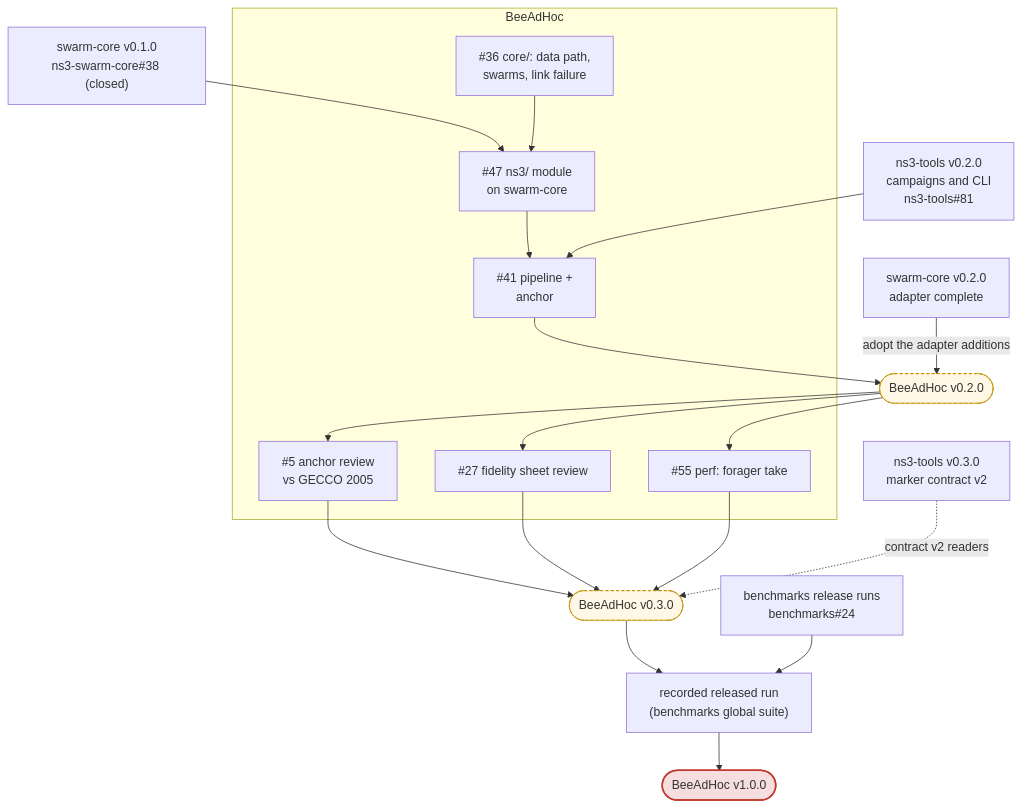
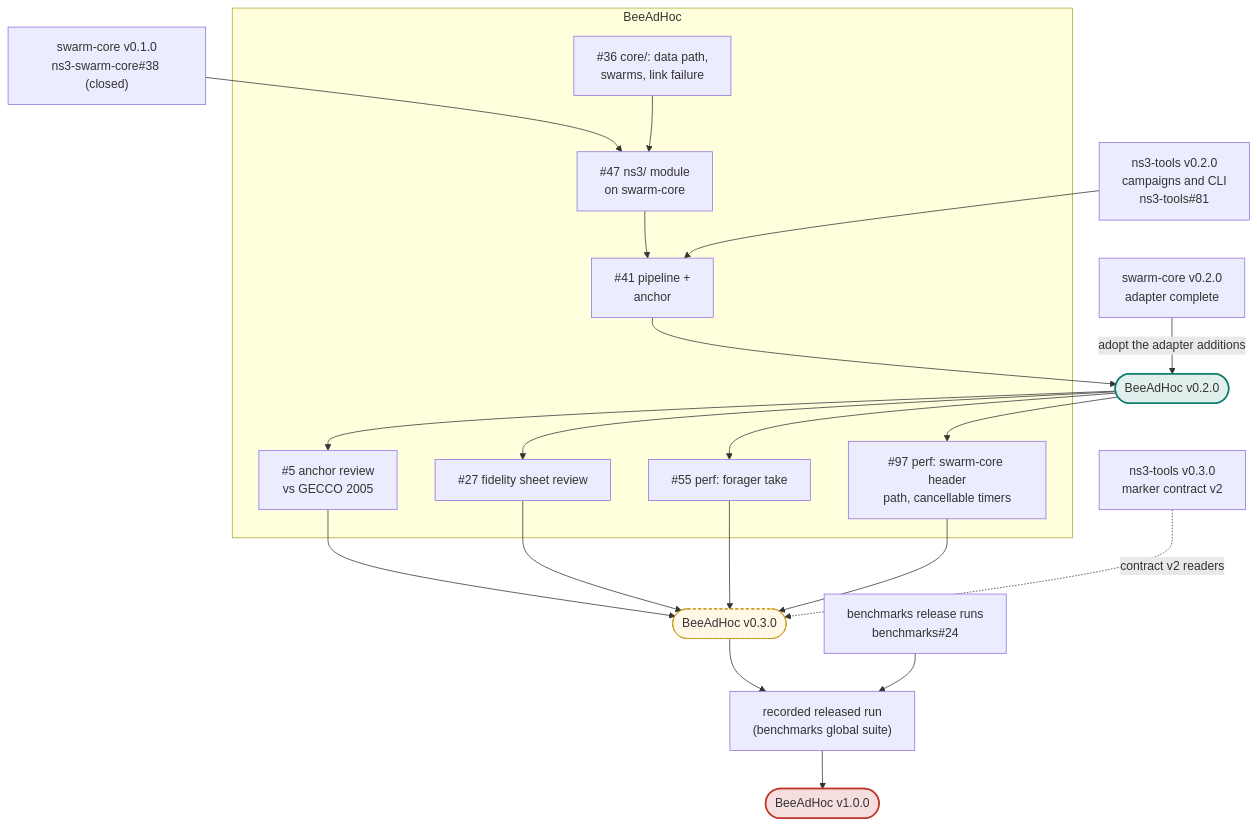
The second of 2 diagrams in docs/roadmap.md (swarm-routing/BeeAdHoc), drawn with Mermaid before and after one commit. The commit also changed other lines of this file, not shown here.

First paragraph of the commit message:
docs(roadmap): settle the v0.3.0 scope and exit criteria (#236)
## What & why

````diff
--- a/docs/roadmap.md
+++ b/docs/roadmap.md
@@ -57,33 +57,34 @@
 ```mermaid
 flowchart TB
     subgraph HERE["BeeAdHoc"]
         I36["#36 core/: data path,<br/>swarms, link failure"]
         I47["#47 ns3/ module<br/>on swarm-core"]
         I41["#41 pipeline +<br/>anchor"]
         I5["#5 anchor review<br/>vs GECCO 2005"]
         I27["#27 fidelity sheet review"]
         I55["#55 perf: forager take"]
+        I97["#97 perf: swarm-core header<br/>path, cancellable timers"]
     end
     SC["swarm-core v0.1.0<br/>ns3-swarm-core#38 (closed)"]
     SC2["swarm-core v0.2.0<br/>adapter complete"]
     T2["ns3-tools v0.2.0<br/>campaigns and CLI<br/>ns3-tools#81"]
     T3["ns3-tools v0.3.0<br/>marker contract v2"]
     BM["benchmarks release runs<br/>benchmarks#24"]
 
     SC --> I47
     I36 --> I47
     I47 --> I41
     T2 --> I41
     I41 --> V02(["BeeAdHoc v0.2.0"])
     SC2 -->|"adopt the adapter additions"| V02
-    V02 --> I5 & I27 & I55
-    I5 & I27 & I55 --> V03(["BeeAdHoc v0.3.0"])
+    V02 --> I5 & I27 & I55 & I97
+    I5 & I27 & I55 & I97 --> V03(["BeeAdHoc v0.3.0"])
     T3 -.->|"contract v2 readers"| V03
     V03 --> RUN["recorded released run<br/>(benchmarks global suite)"]
     BM --> RUN
     RUN --> V10(["BeeAdHoc v1.0.0"])
 
-    style V02 fill:#fff8e6,stroke:#c48f00,stroke-dasharray:4 3
+    style V02 fill:#e2f0ed,stroke:#0f7f70,stroke-width:2px
     style V03 fill:#fff8e6,stroke:#c48f00,stroke-dasharray:4 3
     style V10 fill:#f6dede,stroke:#c0392b,stroke-width:2px
 ```
````
